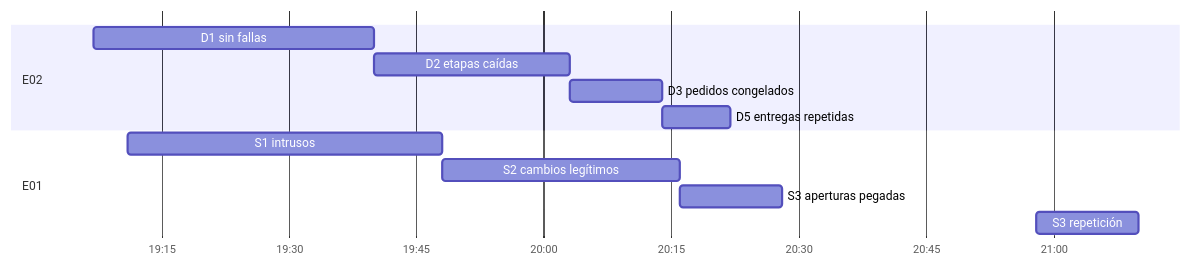
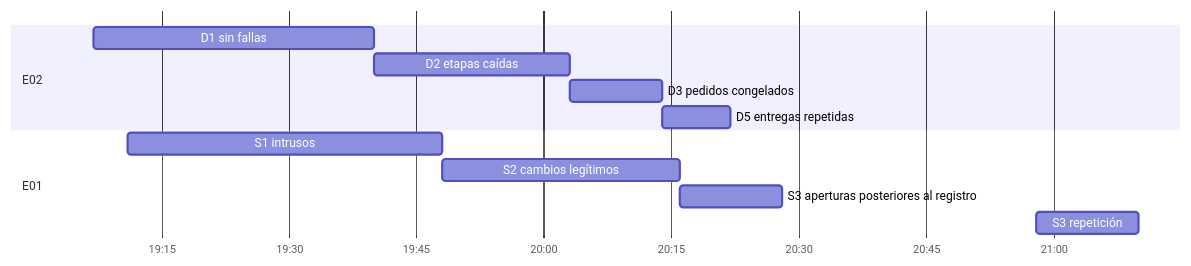
The diagram in docs/results.md (MATI-MBIT/arqsoft-reto-2), drawn with Mermaid before and after one commit. The commit also changed other lines of this file and 39 other files, not shown here.

````diff
--- a/docs/results.md
+++ b/docs/results.md
@@ -179,15 +97,15 @@
 ```mermaid
 gantt
     dateFormat HH:mm
     axisFormat %H:%M
     section E02
     D1 sin fallas       :19:07, 33m
     D2 etapas caídas    :19:40, 23m
     D3 pedidos congelados :20:03, 11m
     D5 entregas repetidas :20:14, 8m
     section E01
     S1 intrusos         :19:11, 37m
     S2 cambios legítimos :19:48, 28m
-    S3 aperturas pegadas :20:16, 12m
+    S3 aperturas posteriores al registro :20:16, 12m
     S3 repetición       :20:58, 12m
 ```
````
